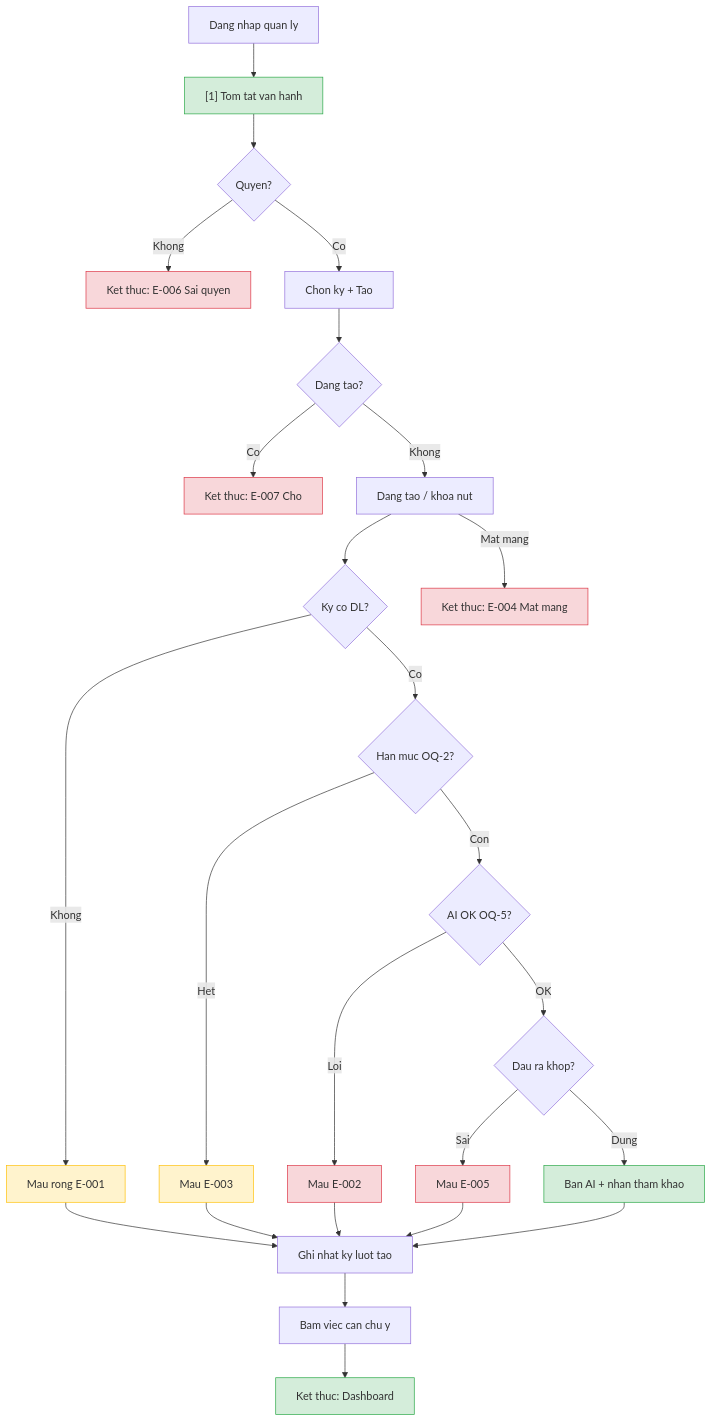
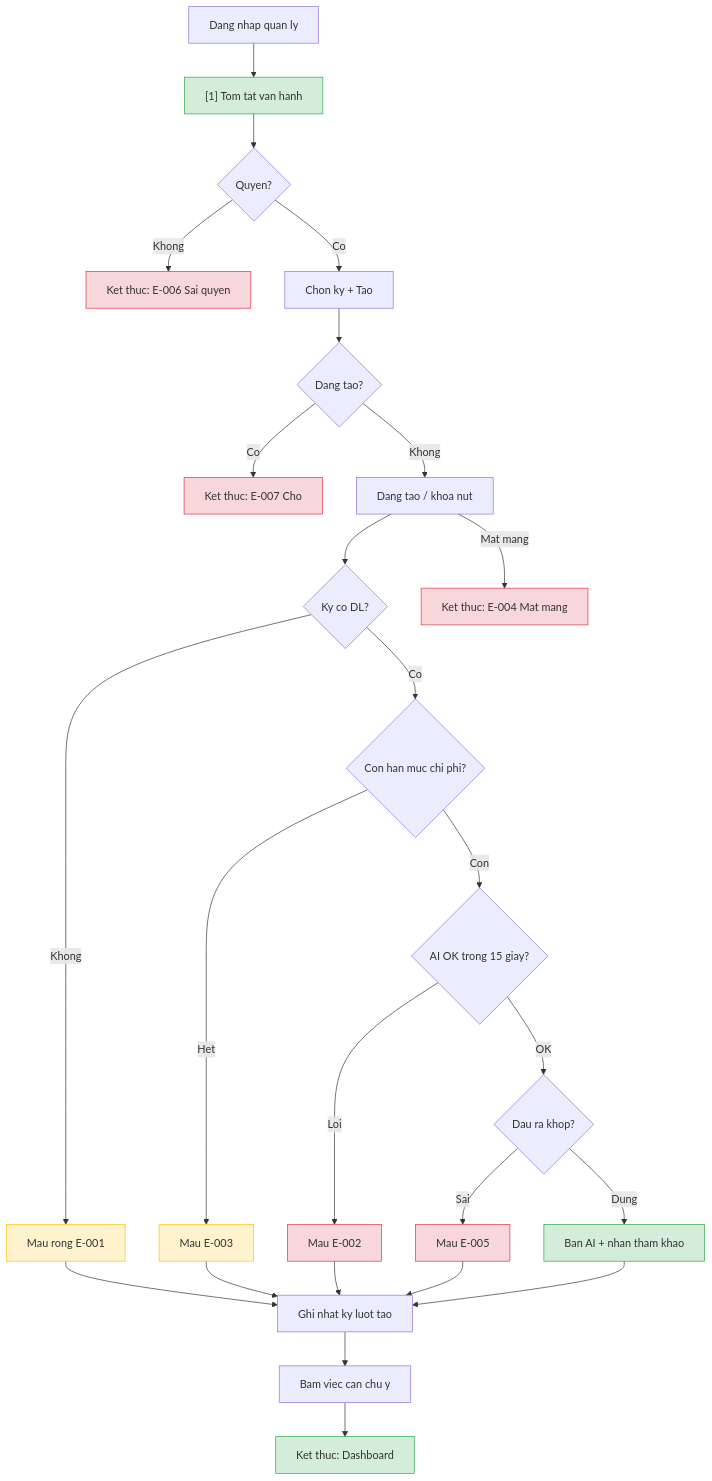
One commit to DatTran26/khachsan-di-dong changed the diagram in docs/features/ai-ops-summary/srs/ai-ops-summary-userflow.md. Above: the diagram before and after it, drawn with Mermaid. The commit also changed 101 other files, not shown here.

````diff
--- a/docs/features/ai-ops-summary/srs/ai-ops-summary-userflow.md
+++ b/docs/features/ai-ops-summary/srs/ai-ops-summary-userflow.md
@@ -17,57 +17,57 @@
 ```mermaid
 flowchart TD
     n0["Dang nhap quan ly"]
     n1["[1] Tom tat van hanh"]
     n2{"Quyen?"}
     n3["Ket thuc: E-006 Sai quyen"]
     n4["Chon ky + Tao"]
     n5{"Dang tao?"}
     n6["Ket thuc: E-007 Cho"]
     n7["Dang tao / khoa nut"]
     n8{"Ky co DL?"}
     n9["Mau rong E-001"]
-    n10{"Han muc OQ-2?"}
+    n10{"Con han muc chi phi?"}
     n11["Mau E-003"]
-    n12{"AI OK OQ-5?"}
+    n12{"AI OK trong 15 giay?"}
     n14["Mau E-002"]
     n15{"Dau ra khop?"}
     n16["Mau E-005"]
     n17["Ban AI + nhan tham khao"]
     n18["Bam viec can chu y"]
     n19["Ket thuc: Dashboard"]
     n20["Ket thuc: E-004 Mat mang"]
     n21["Ghi nhat ky luot tao"]
 
     n0 --> n1
     n1 --> n2
     n2 -->|"Khong"| n3
     n2 -->|"Co"| n4
     n4 --> n5
     n5 -->|"Co"| n6
     n5 -->|"Khong"| n7
     n7 --> n8
     n7 -->|"Mat mang"| n20
     n8 -->|"Khong"| n9
     n8 -->|"Co"| n10
     n10 -->|"Het"| n11
     n10 -->|"Con"| n12
     n12 -->|"Loi"| n14
     n12 -->|"OK"| n15
     n15 -->|"Sai"| n16
     n15 -->|"Dung"| n17
     n9 --> n21
     n11 --> n21
     n14 --> n21
     n16 --> n21
     n17 --> n21
     n21 --> n18
     n18 --> n19
 
     classDef happy fill:#d4edda,stroke:#28a745
     classDef error fill:#f8d7da,stroke:#dc3545
     classDef edge fill:#fff3cd,stroke:#ffc107
 
     class n1,n17,n19 happy
     class n3,n6,n14,n16,n20 error
     class n9,n11 edge
 ```
````
